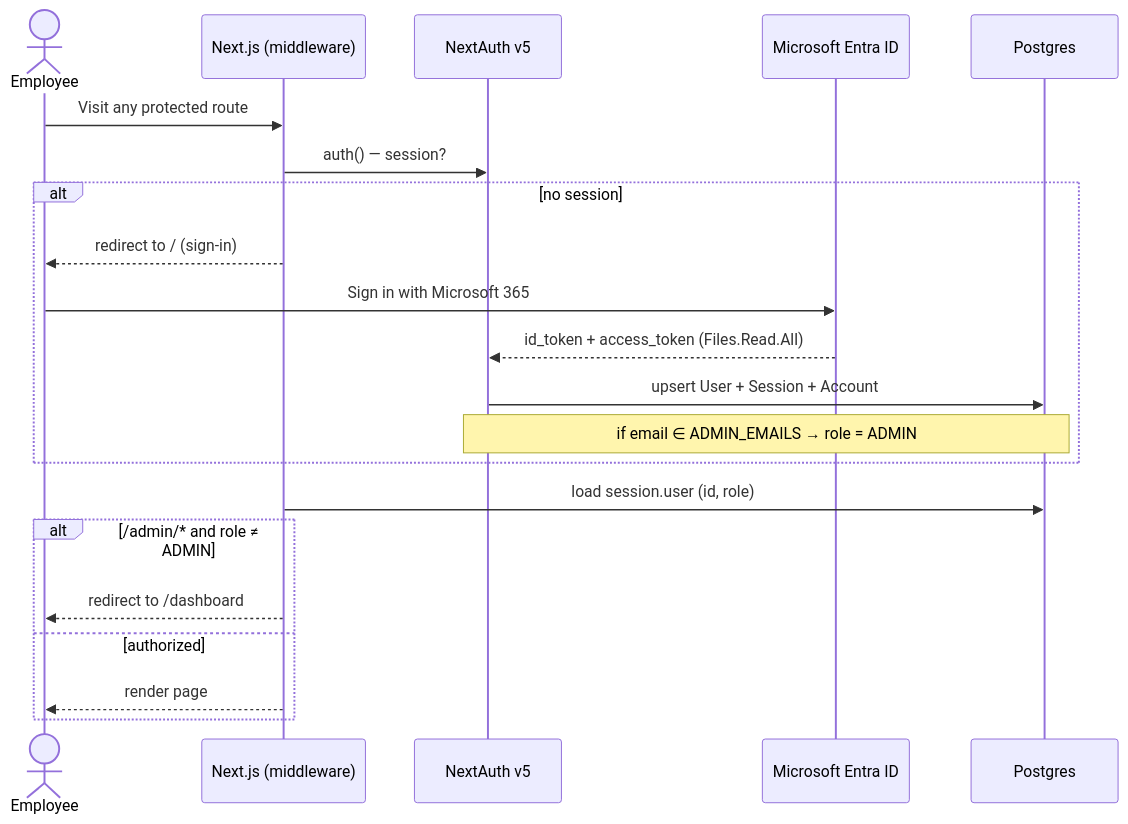
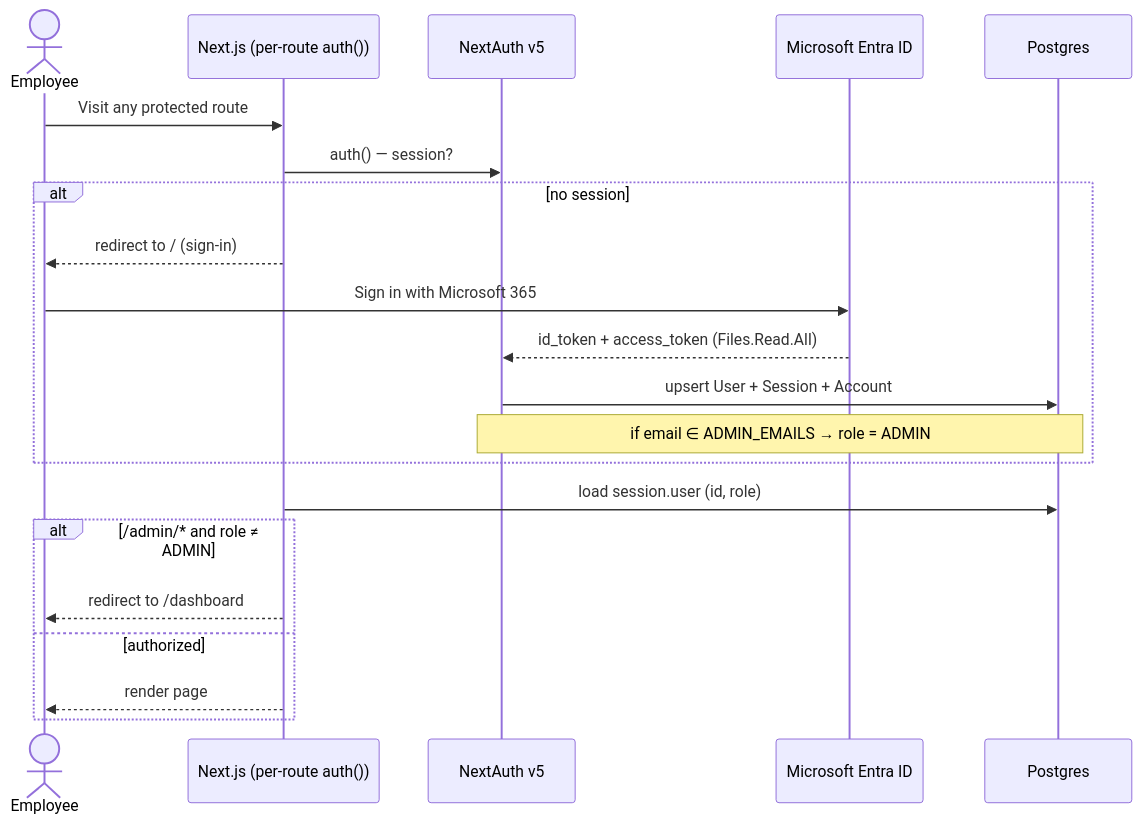
One commit to Laaxxmm/Indefine_LMS changed the second of 9 diagrams in docs/ARCHITECTURE.md. Above: the diagram before and after it, drawn with Mermaid. The commit also changed 35 other files, not shown here.

````diff
--- a/docs/ARCHITECTURE.md
+++ b/docs/ARCHITECTURE.md
@@ -70,24 +70,24 @@
 ```mermaid
 sequenceDiagram
     actor U as Employee
-    participant App as Next.js (middleware)
+    participant App as Next.js (per-route auth())
     participant Auth as NextAuth v5
     participant Entra as Microsoft Entra ID
     participant DB as Postgres
 
     U->>App: Visit any protected route
     App->>Auth: auth() — session?
     alt no session
         App-->>U: redirect to / (sign-in)
         U->>Entra: Sign in with Microsoft 365
         Entra-->>Auth: id_token + access_token (Files.Read.All)
         Auth->>DB: upsert User + Session + Account
         Note over Auth,DB: if email ∈ ADMIN_EMAILS → role = ADMIN
     end
     App->>DB: load session.user (id, role)
     alt /admin/* and role ≠ ADMIN
         App-->>U: redirect to /dashboard
     else authorized
         App-->>U: render page
     end
 ```
````
